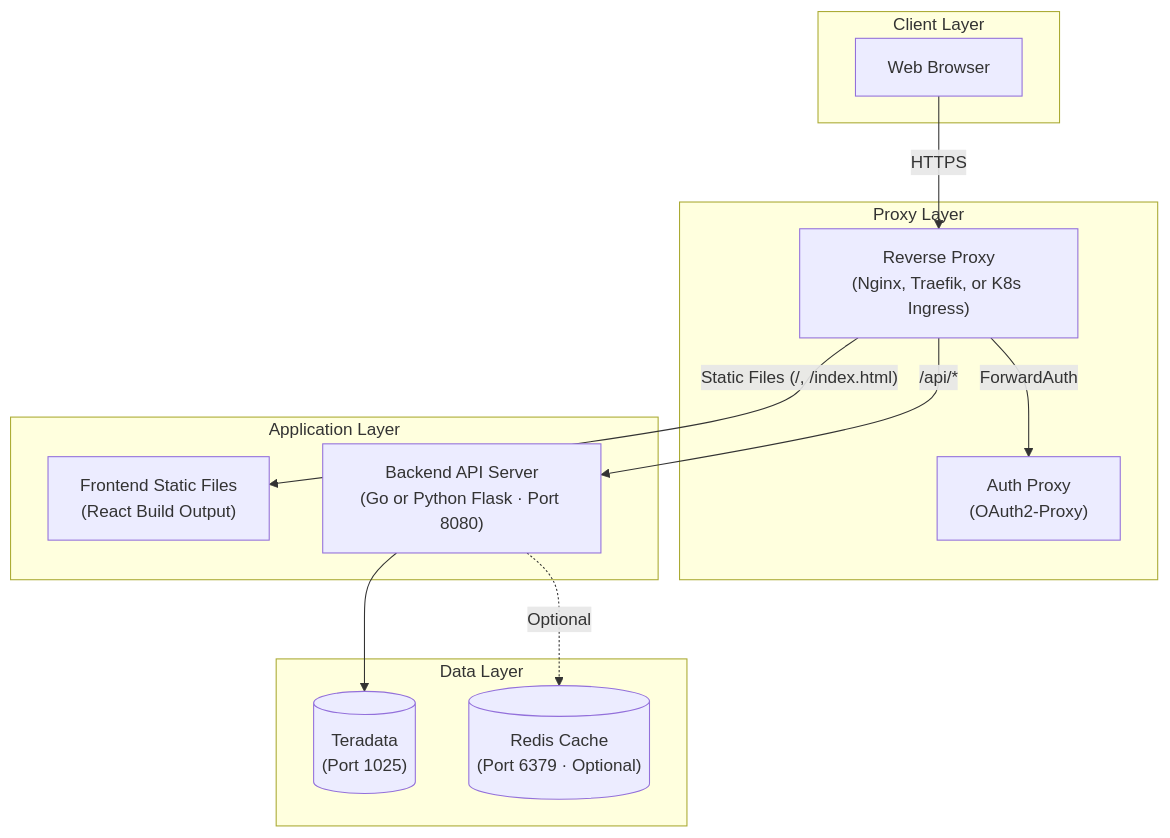
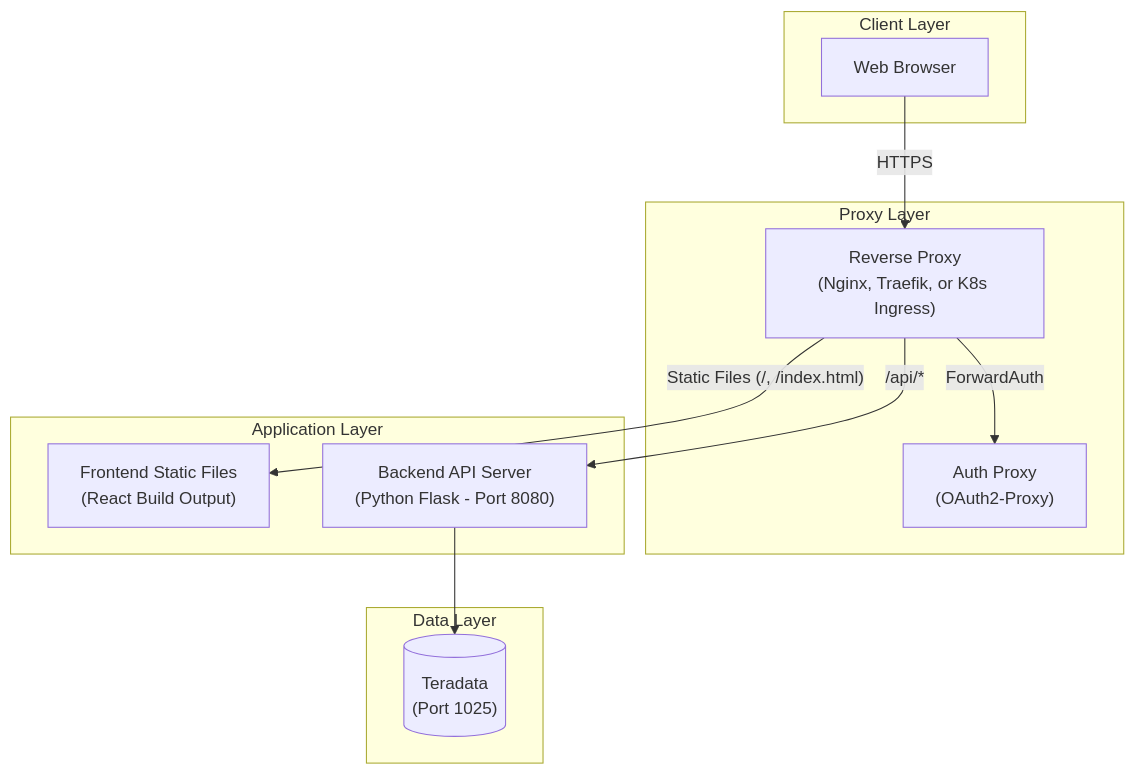
The diagram in docs/operations_guide.md (dtehan/lineage), drawn with Mermaid before and after one commit. The commit also changed other lines of this file and 3 other files, not shown here.

First line of the commit message:
feat(33-03): update docs/ to remove Go/Redis/ODBC/Cache references

````diff
--- a/docs/operations_guide.md
+++ b/docs/operations_guide.md
@@ -429,28 +356,26 @@
 ```mermaid
 graph TD
     subgraph "Client Layer"
         Browser[Web Browser]
     end
 
     subgraph "Proxy Layer"
         LB["Reverse Proxy<br/>(Nginx, Traefik, or K8s Ingress)"]
         AuthProxy["Auth Proxy<br/>(OAuth2-Proxy)"]
     end
 
     subgraph "Application Layer"
         Frontend["Frontend Static Files<br/>(React Build Output)"]
-        Backend["Backend API Server<br/>(Go or Python Flask · Port 8080)"]
+        Backend["Backend API Server<br/>(Python Flask - Port 8080)"]
     end
 
     subgraph "Data Layer"
         TD[("Teradata<br/>(Port 1025)")]
-        Redis[("Redis Cache<br/>(Port 6379 · Optional)")]
     end
 
     Browser -->|HTTPS| LB
     LB -->|ForwardAuth| AuthProxy
     LB -->|"Static Files (/, /index.html)"| Frontend
     LB -->|"/api/*"| Backend
     Backend --> TD
-    Backend -.->|Optional| Redis
 ```
````
